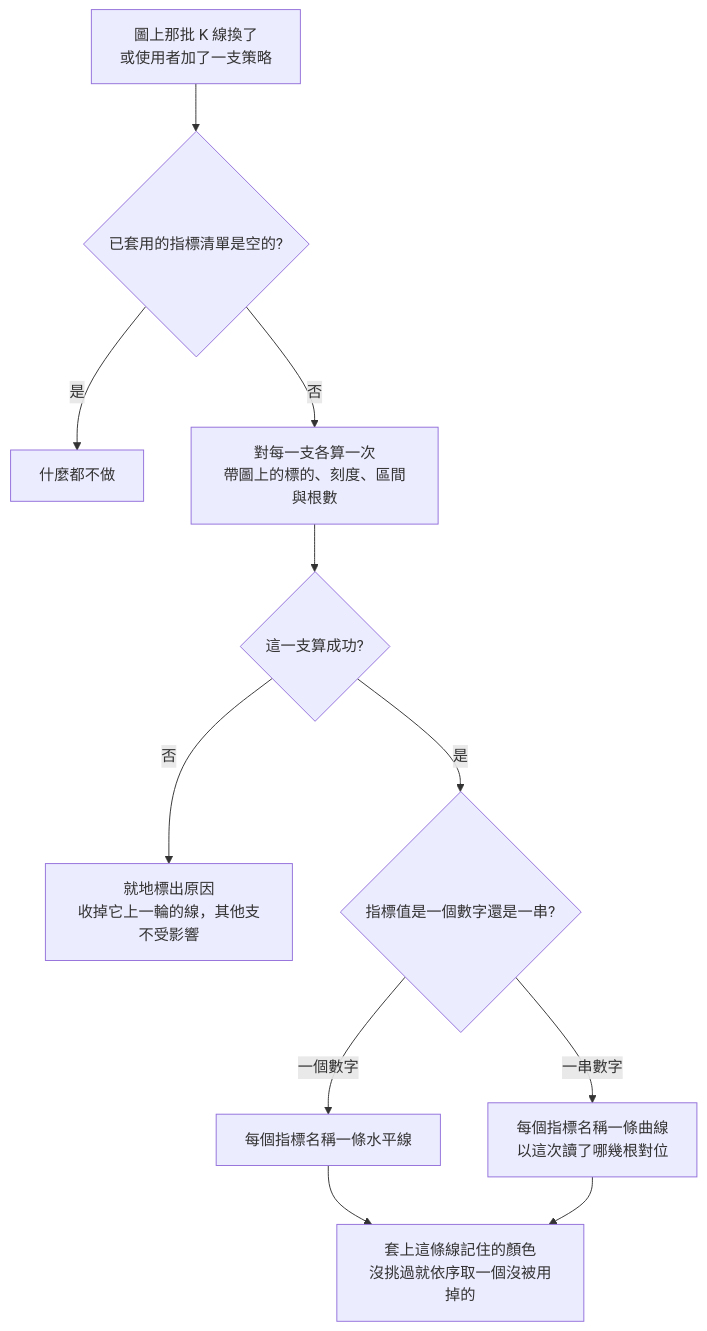
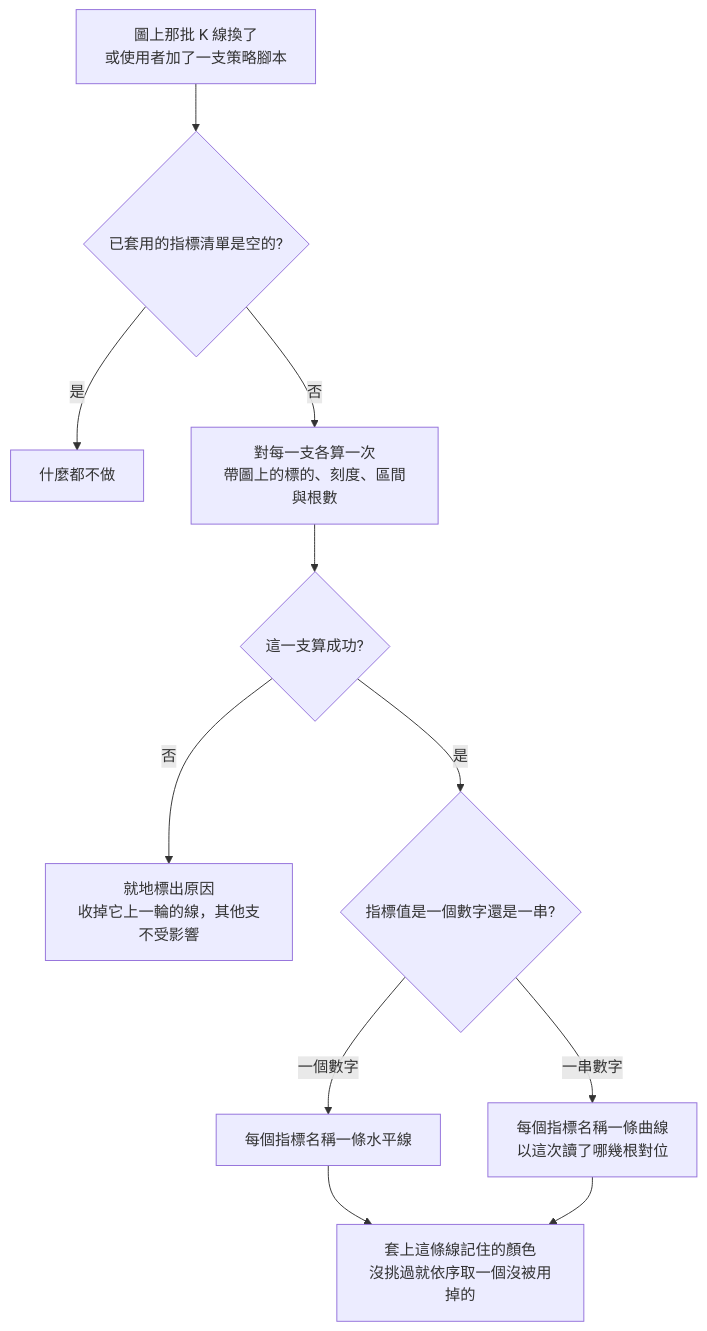
Before and after one commit to CodeMachine0121/go-trading-frontend: the diagram in .sdd/2026-09-03-chart-indicator-overlay/PRD.md, drawn with Mermaid. The commit also changed other lines of this file and 324 other files, not shown here.

````diff
--- a/.sdd/2026-09-03-chart-indicator-overlay/PRD.md
+++ b/.sdd/2026-09-03-chart-indicator-overlay/PRD.md
@@ -244,13 +244,13 @@
 ```mermaid
 flowchart TD
-    A[圖上那批 K 線換了<br/>或使用者加了一支策略] --> B{已套用的指標清單是空的?}
+    A[圖上那批 K 線換了<br/>或使用者加了一支策略腳本] --> B{已套用的指標清單是空的?}
     B -- 是 --> Z[什麼都不做]
     B -- 否 --> C[對每一支各算一次<br/>帶圖上的標的、刻度、區間與根數]
     C --> D{這一支算成功?}
     D -- 否 --> E[就地標出原因<br/>收掉它上一輪的線，其他支不受影響]
     D -- 是 --> F{指標值是一個數字還是一串?}
     F -- 一個數字 --> G[每個指標名稱一條水平線]
     F -- 一串數字 --> H[每個指標名稱一條曲線<br/>以這次讀了哪幾根對位]
     G --> I[套上這條線記住的顏色<br/>沒挑過就依序取一個沒被用掉的]
     H --> I
 ```
````
